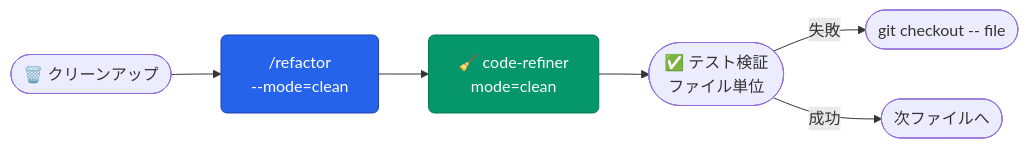
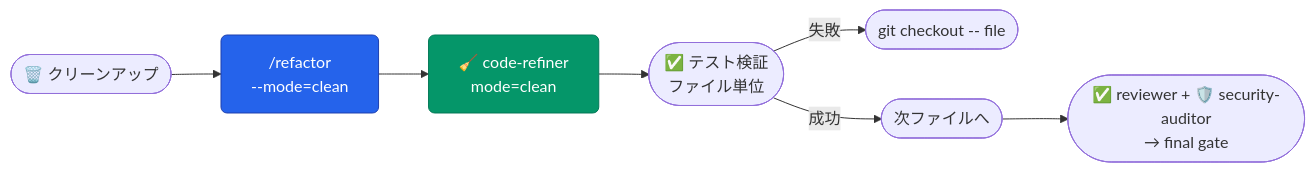
The fifth of 19 diagrams in README.md (aokumablue/claq), drawn with Mermaid before and after one commit. The commit also changed other lines of this file, not shown here.

First line of the commit message:
docs(readme): コマンドの段数・ワークフロー図・フック説明を実装に合わせる

````diff
--- a/README.md
+++ b/README.md
@@ -314,11 +324,12 @@
 ```mermaid
 flowchart LR
   classDef cmd    fill:#2563eb,stroke:#1e40af,color:#fff,rx:6
   classDef agent  fill:#059669,stroke:#047857,color:#fff,rx:6
 
   U(["🗑️ クリーンアップ"]) --> CREF["/refactor<br/>--mode=clean"]:::cmd
   CREF --> AC["🧹 code-refiner<br/>mode=clean"]:::agent
   AC --> TEST(["✅ テスト検証<br/>ファイル単位"])
   TEST -->|失敗| REVERT(["git checkout -- file"])
   TEST -->|成功| NEXT(["次ファイルへ"])
+  NEXT --> RV(["✅ reviewer + 🛡️ security-auditor<br/>→ final gate"])
 ```
````
